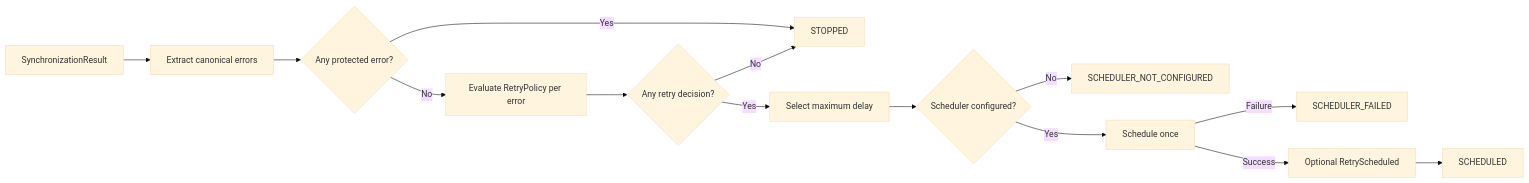
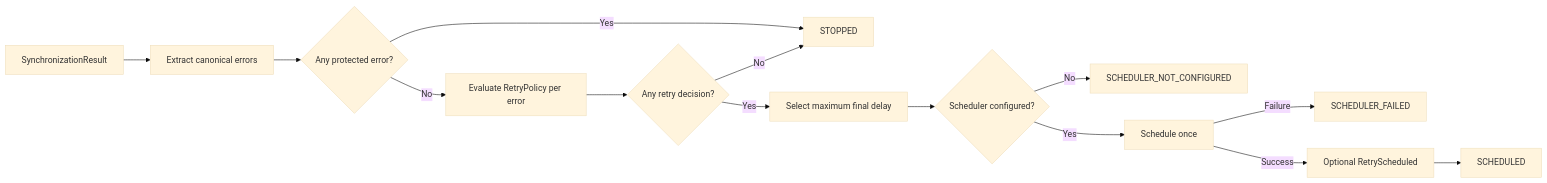
One commit to dataloom-sdk/dataloom changed the diagram in docs/api/retry-orchestration.md. Above: the diagram before and after it, drawn with Mermaid (base theme). The commit also changed other lines of this file and 12 other files, not shown here.

````diff
--- a/docs/api/retry-orchestration.md
+++ b/docs/api/retry-orchestration.md
@@ -19,16 +20,16 @@
 ```mermaid
 flowchart LR
     Result[SynchronizationResult] --> Errors[Extract canonical errors]
     Errors --> Protected{Any protected error?}
     Protected -->|Yes| Stopped[STOPPED]
     Protected -->|No| Policy[Evaluate RetryPolicy per error]
     Policy --> Decision{Any retry decision?}
     Decision -->|No| Stopped
-    Decision -->|Yes| Delay[Select maximum delay]
+    Decision -->|Yes| Delay[Select maximum final delay]
     Delay --> Scheduler{Scheduler configured?}
     Scheduler -->|No| Missing[SCHEDULER_NOT_CONFIGURED]
     Scheduler -->|Yes| Schedule[Schedule once]
     Schedule -->|Failure| Failed[SCHEDULER_FAILED]
     Schedule -->|Success| Event[Optional RetryScheduled]
     Event --> Scheduled[SCHEDULED]
 ```
````
